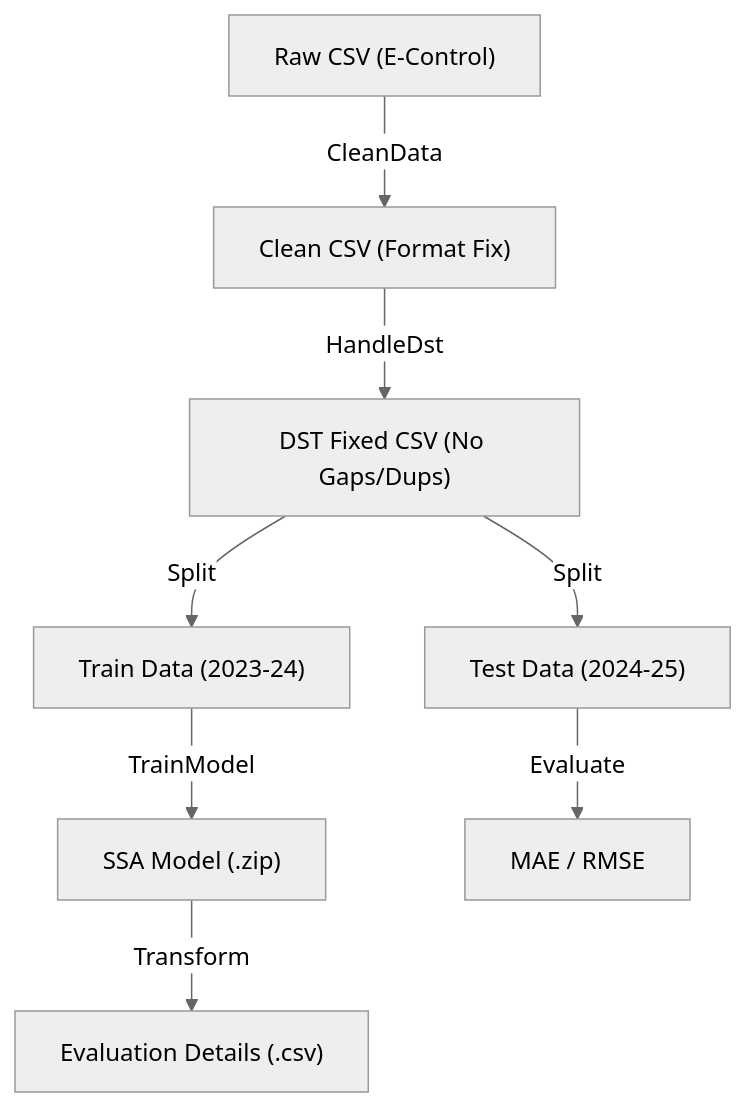
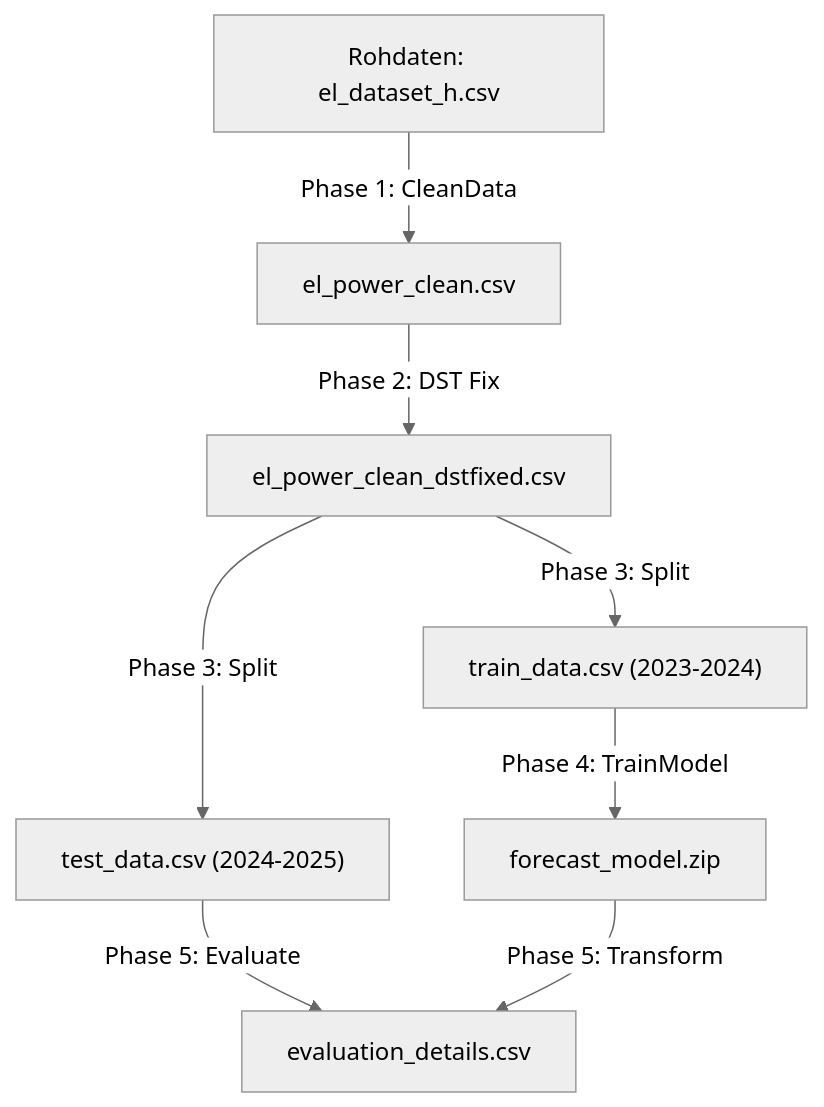
The diagram in README.md (codeme-ne/dat503), drawn with Mermaid (neutral theme) before and after one commit. The commit also changed other lines of this file, not shown here.

First line of the commit message:
Translate README to German and enhance details

````diff
--- a/README.md
+++ b/README.md
@@ -59,10 +80,10 @@
 ```mermaid
-graph TD;
-    Raw["Raw CSV (E-Control)"] -->|CleanData| Clean["Clean CSV (Format Fix)"];
-    Clean -->|HandleDst| DST["DST Fixed CSV (No Gaps/Dups)"];
-    DST -->|Split| Train["Train Data (2023-24)"];
-    DST -->|Split| Test["Test Data (2024-25)"];
-    Train -->|TrainModel| Model["SSA Model (.zip)"];
-    Test -->|Evaluate| Metrics["MAE / RMSE"];
-    Model -->|Transform| Export["Evaluation Details (.csv)"];
+graph TD
+    A["Rohdaten: el_dataset_h.csv"] -->|Phase 1: CleanData| B["el_power_clean.csv"]
+    B -->|Phase 2: DST Fix| C["el_power_clean_dstfixed.csv"]
+    C -->|Phase 3: Split| D["train_data.csv (2023-2024)"]
+    C -->|Phase 3: Split| E["test_data.csv (2024-2025)"]
+    D -->|Phase 4: TrainModel| F["forecast_model.zip"]
+    E -->|Phase 5: Evaluate| G["evaluation_details.csv"]
+    F -->|Phase 5: Transform| G
 ```
````
